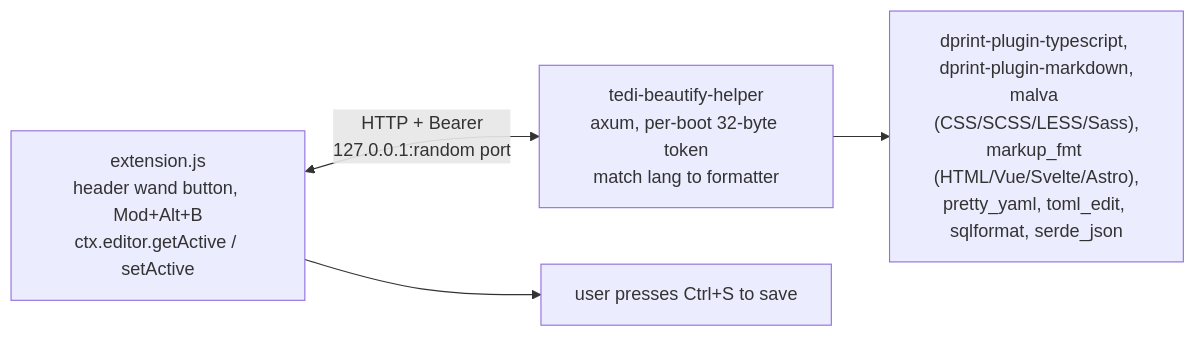
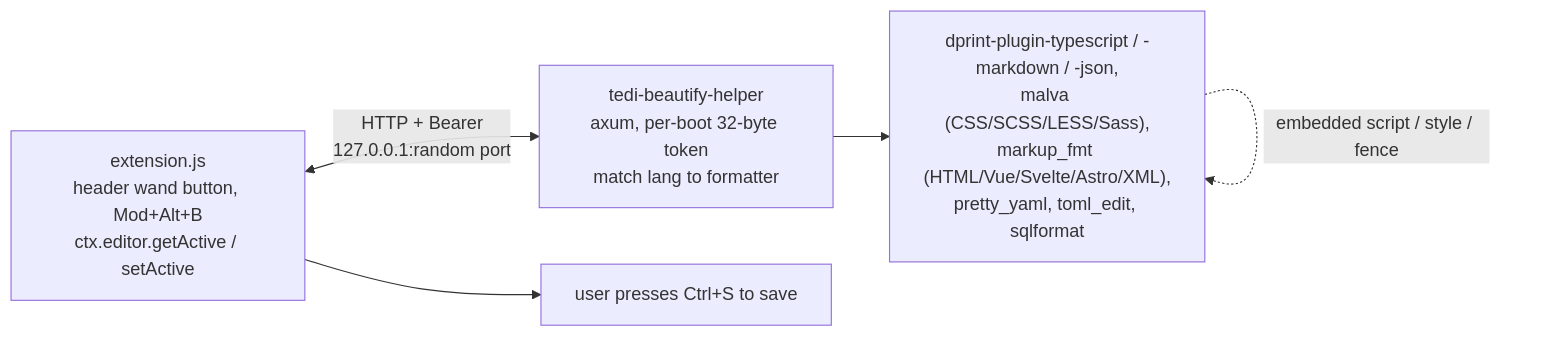
Before and after one commit to IlhamriSKY/TEDI.beautify: the diagram in README.md, drawn with Mermaid. The commit also changed other lines of this file and 13 other files, not shown here.

````diff
--- a/README.md
+++ b/README.md
@@ -78,6 +121,7 @@
 ```mermaid
 flowchart LR
     A["extension.js<br/>header wand button, Mod+Alt+B<br/>ctx.editor.getActive / setActive"] <-->|"HTTP + Bearer<br/>127.0.0.1:random port"| B["tedi-beautify-helper<br/>axum, per-boot 32-byte token<br/>match lang to formatter"]
-    B --> C["dprint-plugin-typescript, dprint-plugin-markdown,<br/>malva (CSS/SCSS/LESS/Sass),<br/>markup_fmt (HTML/Vue/Svelte/Astro),<br/>pretty_yaml, toml_edit, sqlformat, serde_json"]
+    B --> C["dprint-plugin-typescript / -markdown / -json,<br/>malva (CSS/SCSS/LESS/Sass),<br/>markup_fmt (HTML/Vue/Svelte/Astro/XML),<br/>pretty_yaml, toml_edit, sqlformat"]
+    C -.->|"embedded script / style / fence"| C
     A --> D["user presses Ctrl+S to save"]
 ```
````
